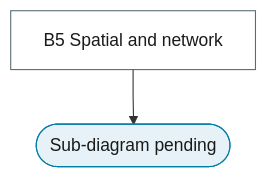
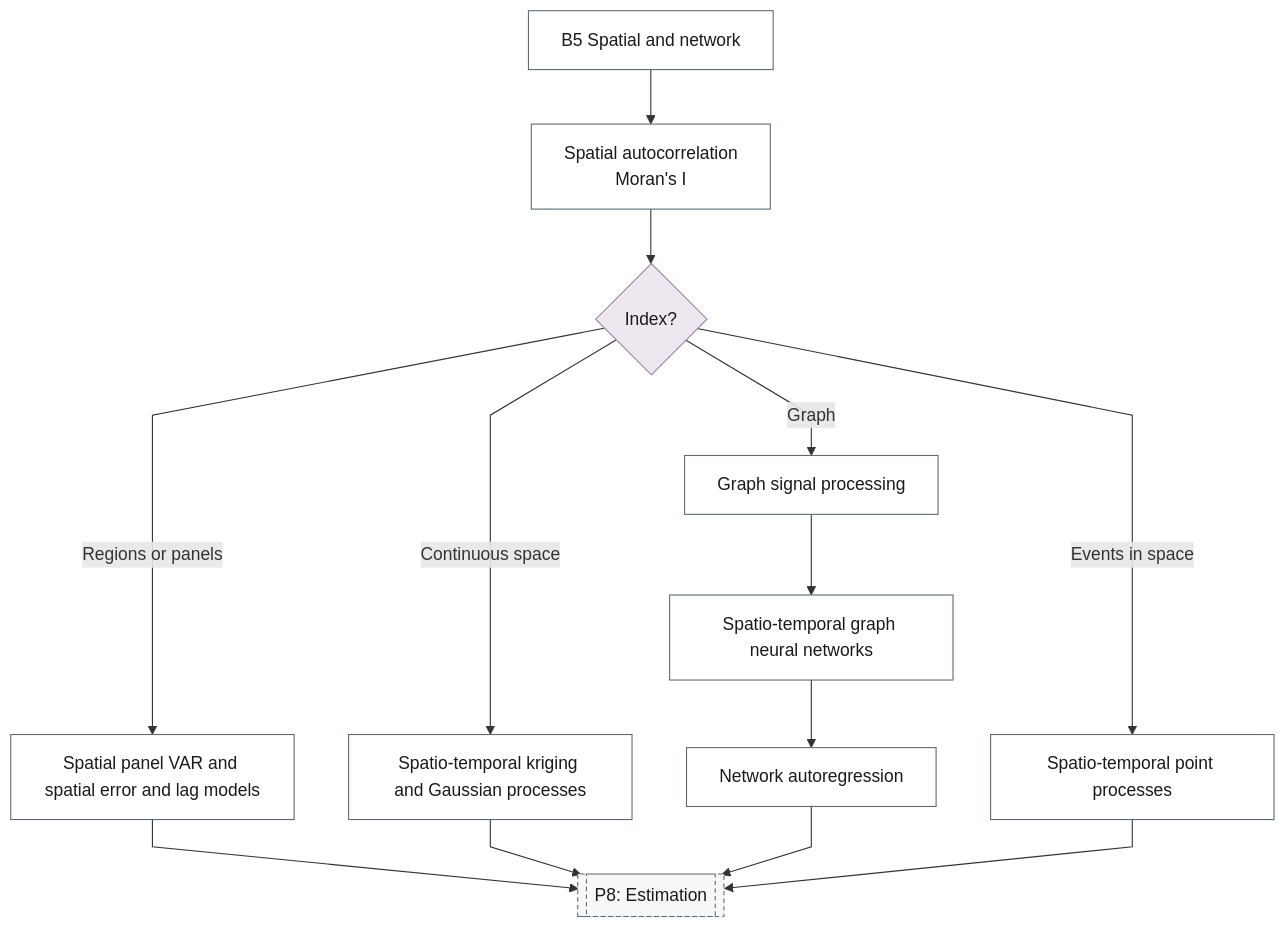
The diagram in docs/reference/20-spatio-temporal/index.md (Shuxin-Y/time-series-analysis-manual), drawn with Mermaid before and after one commit. The commit also changed other lines of this file and 11 other files, not shown here.

First line of the commit message:
feat(flowchart): branch sub-diagrams B1 to B7

````diff
--- a/docs/reference/20-spatio-temporal/index.md
+++ b/docs/reference/20-spatio-temporal/index.md
@@ -7,15 +7,24 @@
 ```mermaid
 %%{init: {"flowchart": {"curve": "linear"}}}%%
 graph TD
-    B5["B5 Spatial and network"] --> B5_PENDING(["Sub-diagram pending"])
-    class B5 process
-    class B5_PENDING terminator
+    B5["B5 Spatial and network"] --> B5_SPATIAL_AUTOCORRELATION["Spatial autocorrelation<br/>Moran's I"]
+    B5_SPATIAL_AUTOCORRELATION --> B5_INDEX{"Index?"}
+    B5_INDEX -->|"Regions or panels"| B5_SPATIAL_PANEL_VAR["Spatial panel VAR and spatial error and lag models"]
+    B5_INDEX -->|"Continuous space"| B5_KRIGING["Spatio-temporal kriging and Gaussian processes"]
+    B5_INDEX -->|"Graph"| B5_GRAPH_SIGNAL["Graph signal processing"]
+    B5_INDEX -->|"Events in space"| B5_ST_POINT_PROCESS["Spatio-temporal point processes"]
+    B5_GRAPH_SIGNAL --> B5_STGNN["Spatio-temporal graph neural networks"]
+    B5_STGNN --> B5_NETWORK_AR["Network autoregression"]
+    B5_SPATIAL_PANEL_VAR & B5_KRIGING & B5_NETWORK_AR & B5_ST_POINT_PROCESS --> P8[["P8: Estimation"]]
+    class B5_INDEX decision
+    class B5,B5_SPATIAL_AUTOCORRELATION,B5_SPATIAL_PANEL_VAR,B5_KRIGING,B5_GRAPH_SIGNAL,B5_ST_POINT_PROCESS,B5_STGNN,B5_NETWORK_AR process
+    class P8 ref
     classDef terminator fill:#E6F2F7,stroke:#007BA7,color:#1A1A1A;
     classDef process fill:#FFFFFF,stroke:#5A6B73,color:#1A1A1A;
     classDef decision fill:#EFE7F0,stroke:#9B7FA7,color:#1A1A1A;
     classDef data fill:#FFF4E0,stroke:#C9A55E,color:#1A1A1A;
     classDef good fill:#DCEFD8,stroke:#4A7A3F,color:#1A1A1A;
     classDef escalate fill:#FFE9C2,stroke:#C9A55E,color:#1A1A1A;
     classDef problem fill:#F2D9DE,stroke:#800020,color:#1A1A1A;
     classDef ref fill:#F7F7F7,stroke:#5A6B73,color:#1A1A1A,stroke-dasharray:4 3;
 ```
````
